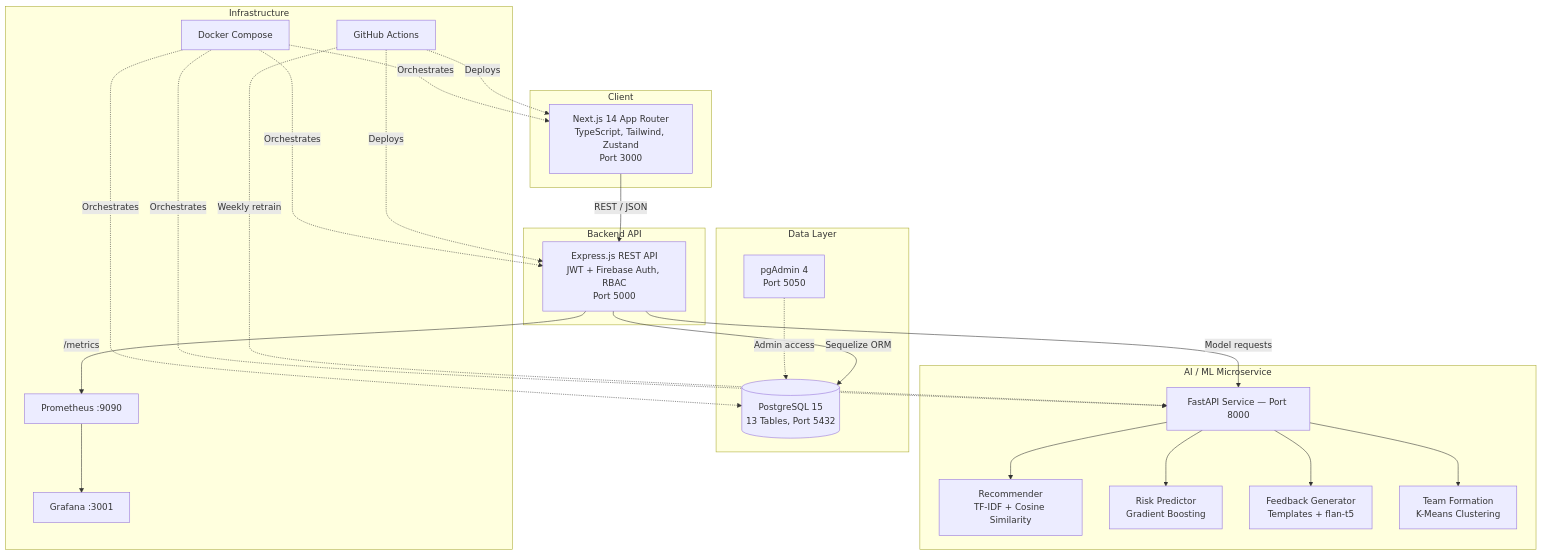
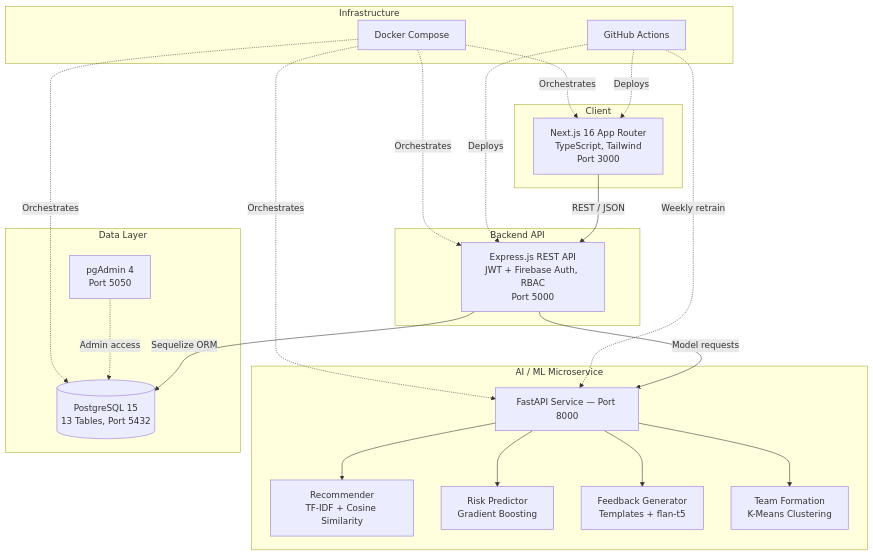
The first of 4 diagrams in README.md (kunalkhaire302/CapstoneX-Powered-Academic-Project-Governance-and-Intelligence-Platform), drawn with Mermaid before and after one commit. The commit also changed other lines of this file and 21 other files, not shown here.

````diff
--- a/README.md
+++ b/README.md
@@ -144,48 +144,44 @@
 ```mermaid
 graph TB
     subgraph Client["Client"]
-        FE["Next.js 14 App Router<br/>TypeScript, Tailwind, Zustand<br/>Port 3000"]
+        FE["Next.js 16 App Router<br/>TypeScript, Tailwind<br/>Port 3000"]
     end
 
     subgraph Backend["Backend API"]
         BE["Express.js REST API<br/>JWT + Firebase Auth, RBAC<br/>Port 5000"]
     end
 
     subgraph AI["AI / ML Microservice"]
         FAST["FastAPI Service — Port 8000"]
         REC["Recommender<br/>TF-IDF + Cosine Similarity"]
         RISK["Risk Predictor<br/>Gradient Boosting"]
         FB["Feedback Generator<br/>Templates + flan-t5"]
         TEAM["Team Formation<br/>K-Means Clustering"]
         FAST --> REC
         FAST --> RISK
         FAST --> FB
         FAST --> TEAM
     end
 
     subgraph Data["Data Layer"]
         DB[("PostgreSQL 15<br/>13 Tables, Port 5432")]
         ADMIN["pgAdmin 4<br/>Port 5050"]
     end
 
     subgraph Infra["Infrastructure"]
         DOCKER["Docker Compose"]
         ACTIONS["GitHub Actions"]
-        PROM["Prometheus :9090"]
-        GRAF["Grafana :3001"]
     end
 
     FE -->|REST / JSON| BE
     BE -->|Model requests| FAST
     BE -->|Sequelize ORM| DB
     ADMIN -.->|Admin access| DB
-    BE -->|/metrics| PROM
-    PROM --> GRAF
     ACTIONS -.->|Deploys| FE
     ACTIONS -.->|Deploys| BE
     ACTIONS -.->|Weekly retrain| FAST
     DOCKER -.->|Orchestrates| FE
     DOCKER -.->|Orchestrates| BE
     DOCKER -.->|Orchestrates| FAST
     DOCKER -.->|Orchestrates| DB
 ```
````
